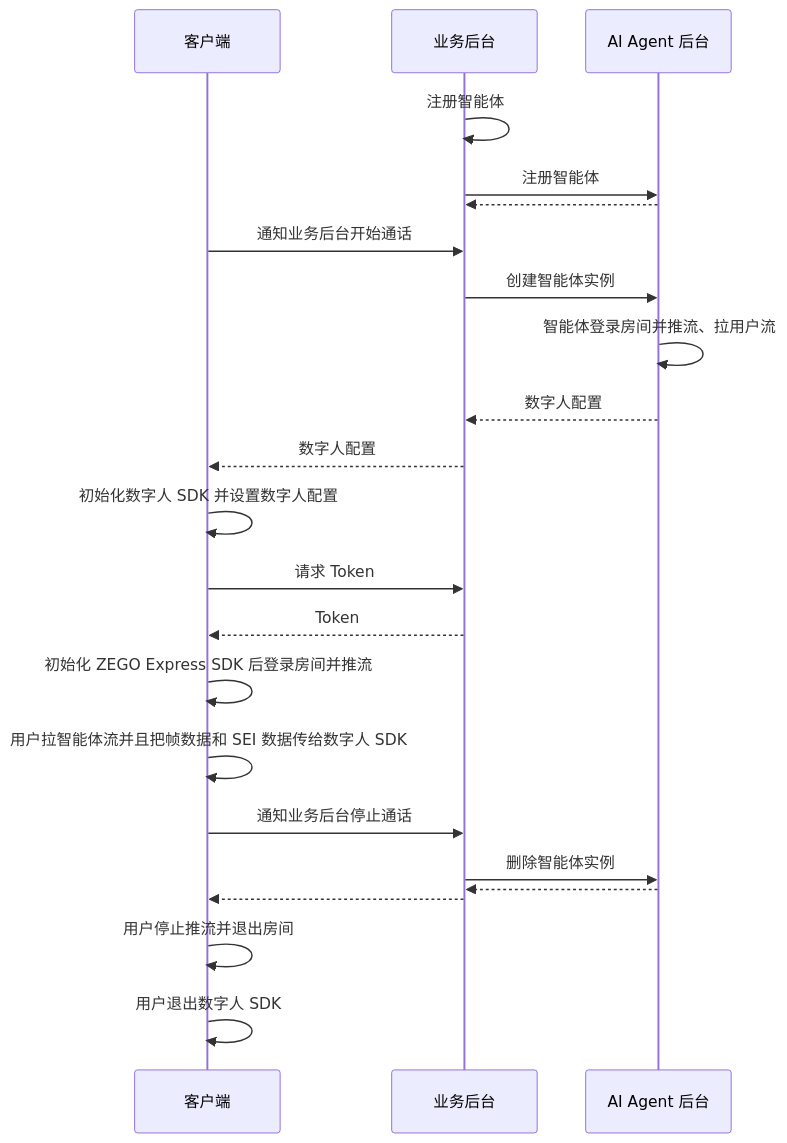
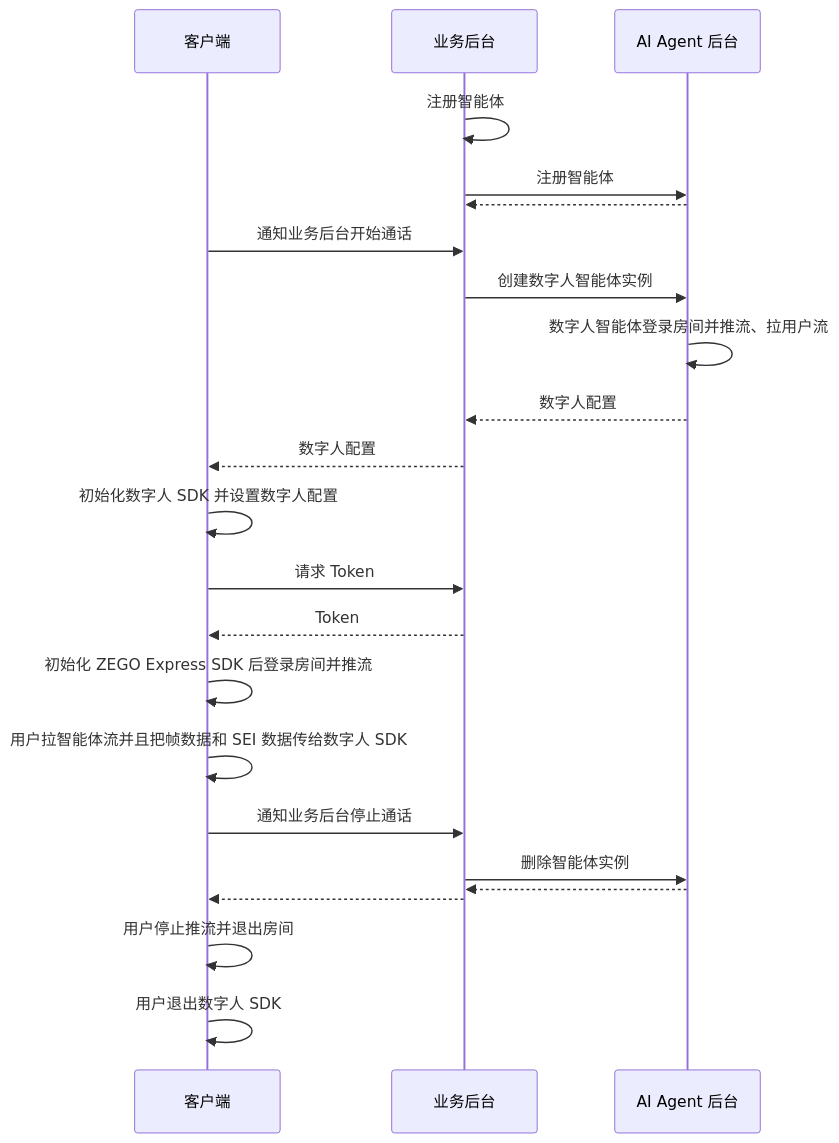
Before and after one commit to ZEGOCLOUD/docs_all: the diagram in core_products/aiagent/zh/server/quick-start-with-digital-human.mdx, drawn with Mermaid. The commit also changed other lines of this file and 7 other files, not shown here.

````diff
--- a/core_products/aiagent/zh/server/quick-start-with-digital-human.mdx
+++ b/core_products/aiagent/zh/server/quick-start-with-digital-human.mdx
@@ -37,33 +37,33 @@
 ```mermaid
 sequenceDiagram
     participant 客户端
     participant 业务后台
     participant AI Agent 后台
     
     业务后台->>业务后台: 注册智能体
     业务后台->>AI Agent 后台: 注册智能体
     AI Agent 后台-->>业务后台: 
 
     客户端->>业务后台: 通知业务后台开始通话
-    业务后台->>AI Agent 后台: 创建智能体实例
-    AI Agent 后台->>AI Agent 后台: 智能体登录房间并推流、拉用户流
+    业务后台->>AI Agent 后台: 创建数字人智能体实例
+    AI Agent 后台->>AI Agent 后台: 数字人智能体登录房间并推流、拉用户流
     AI Agent 后台-->>业务后台: 数字人配置
     业务后台-->>客户端: 数字人配置
 
     客户端->>客户端: 初始化数字人 SDK 并设置数字人配置
 
     客户端->>业务后台: 请求 Token
     业务后台-->>客户端: Token
     
     客户端->>客户端: 初始化 ZEGO Express SDK 后登录房间并推流
     
     客户端->>客户端: 用户拉智能体流并且把帧数据和 SEI 数据传给数字人 SDK
     
     客户端->>业务后台: 通知业务后台停止通话
     业务后台->>AI Agent 后台: 删除智能体实例
     AI Agent 后台-->>业务后台: 
     业务后台-->>客户端: 
     
     客户端->>客户端: 用户停止推流并退出房间
     客户端->>客户端: 用户退出数字人 SDK
 ```
````
